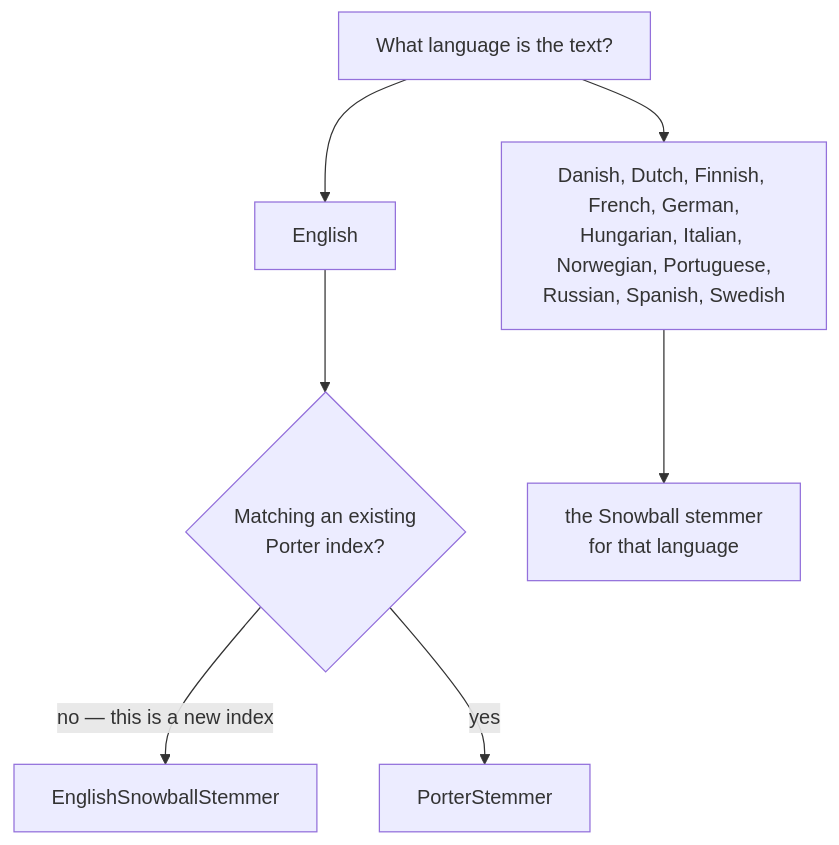
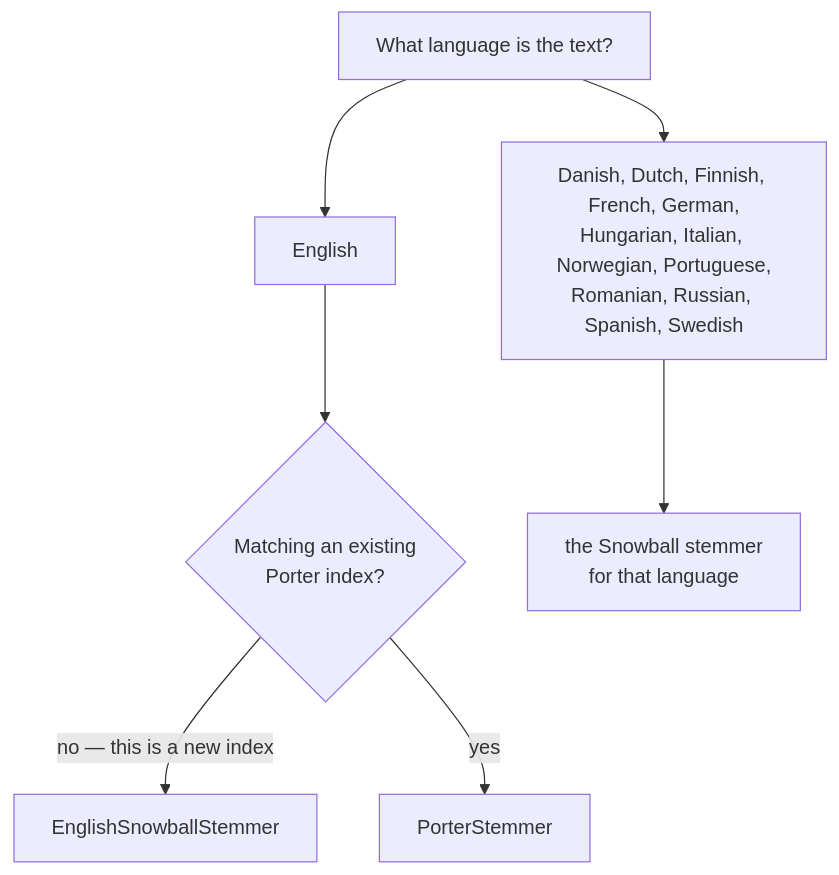
One commit to CyrilB1531/lodestar changed the diagram in docs/reference/text/stemming.md. Above: the diagram before and after it, drawn with Mermaid. The commit also changed other lines of this file and 13 other files, not shown here.

````diff
--- a/docs/reference/text/stemming.md
+++ b/docs/reference/text/stemming.md
@@ -12,9 +12,9 @@
 ```mermaid
 flowchart TD
     A["What language is the text?"] --> B["English"]
-    A --> C["Danish, Dutch, Finnish, French, German,<br/>Hungarian, Italian, Norwegian, Portuguese,<br/>Russian, Spanish, Swedish"]
+    A --> C["Danish, Dutch, Finnish, French, German,<br/>Hungarian, Italian, Norwegian, Portuguese,<br/>Romanian, Russian, Spanish, Swedish"]
     B --> D{"Matching an existing<br/>Porter index?"}
     D -->|"no — this is a new index"| E["EnglishSnowballStemmer"]
     D -->|"yes"| F["PorterStemmer"]
     C --> G["the Snowball stemmer<br/>for that language"]
 ```
````
